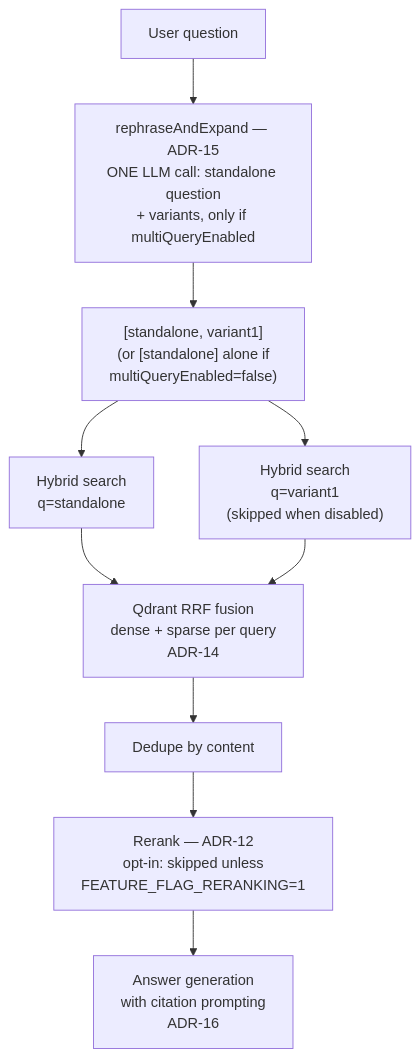
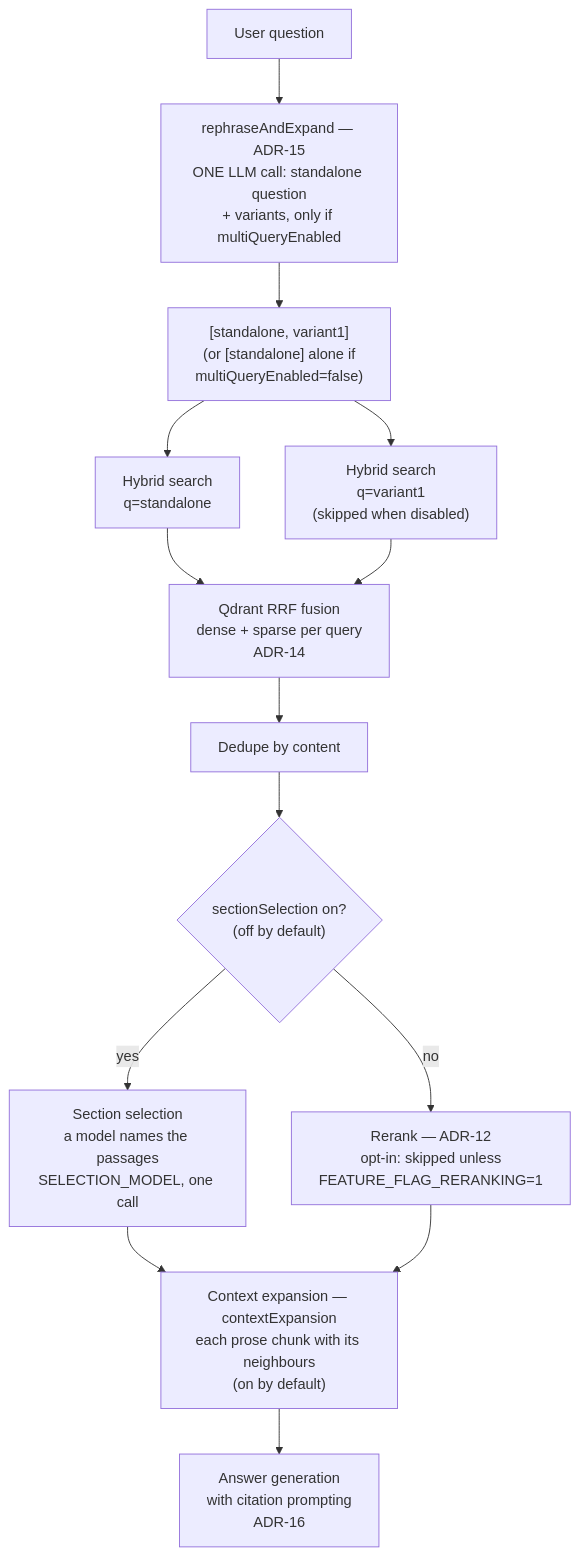
The second of 3 diagrams in docs/rag-pipeline.md (webamigos/RagenAI), drawn with Mermaid before and after one commit. The commit also changed other lines of this file and 1 other file, not shown here.

````diff
--- a/docs/rag-pipeline.md
+++ b/docs/rag-pipeline.md
@@ -20,12 +21,16 @@
 ```mermaid
 flowchart TD
     Q[User question] --> R["rephraseAndExpand — ADR-15<br/>ONE LLM call: standalone question<br/>+ variants, only if multiQueryEnabled"]
     R --> P["[standalone, variant1]<br/>(or [standalone] alone if<br/>multiQueryEnabled=false)"]
     P --> S1[Hybrid search<br/>q=standalone]
     P --> S2["Hybrid search<br/>q=variant1<br/>(skipped when disabled)"]
     S1 --> D1[Qdrant RRF fusion<br/>dense + sparse per query<br/>ADR-14]
     S2 --> D1
     D1 --> U[Dedupe by content]
-    U --> RR["Rerank — ADR-12<br/>opt-in: skipped unless<br/>FEATURE_FLAG_RERANKING=1"]
-    RR --> G[Answer generation<br/>with citation prompting<br/>ADR-16]
+    U --> SEL{"sectionSelection on?<br/>(off by default)"}
+    SEL -- yes --> SS["Section selection<br/>a model names the passages<br/>SELECTION_MODEL, one call"]
+    SEL -- no --> RR["Rerank — ADR-12<br/>opt-in: skipped unless<br/>FEATURE_FLAG_RERANKING=1"]
+    SS --> CE["Context expansion — contextExpansion<br/>each prose chunk with its neighbours<br/>(on by default)"]
+    RR --> CE
+    CE --> G[Answer generation<br/>with citation prompting<br/>ADR-16]
 ```
````
